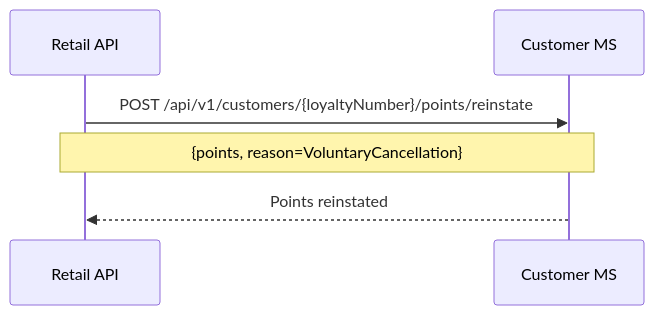
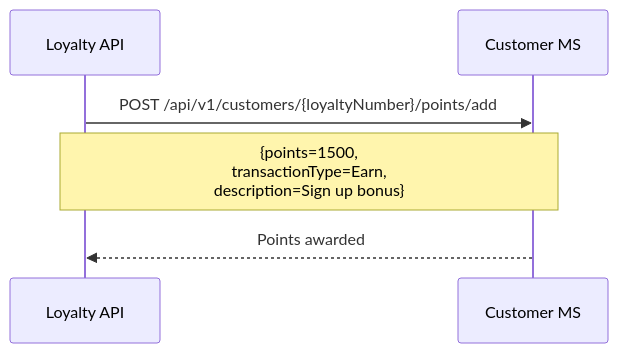
Before and after one commit to sebharvey/airline-reservation-system: the tenth of 11 diagrams in documentation/sequences/customer.md, drawn with Mermaid. The commit also changed other lines of this file and 11 other files, not shown here.

````diff
--- a/documentation/sequences/customer.md
+++ b/documentation/sequences/customer.md
@@ -183,9 +183,9 @@
 ```mermaid
 sequenceDiagram
-    participant RetailAPI as Retail API
+    participant LoyaltyAPI as Loyalty API
     participant CustomerMS as Customer MS
 
-    RetailAPI->>CustomerMS: POST /api/v1/customers/{loyaltyNumber}/points/reinstate
-    Note over RetailAPI,CustomerMS: {points, reason=VoluntaryCancellation}
-    CustomerMS-->>RetailAPI: Points reinstated
+    LoyaltyAPI->>CustomerMS: POST /api/v1/customers/{loyaltyNumber}/points/add
+    Note over LoyaltyAPI,CustomerMS: {points=1500,<br/>transactionType=Earn,<br/>description=Sign up bonus}
+    CustomerMS-->>LoyaltyAPI: Points awarded
 ```
````
